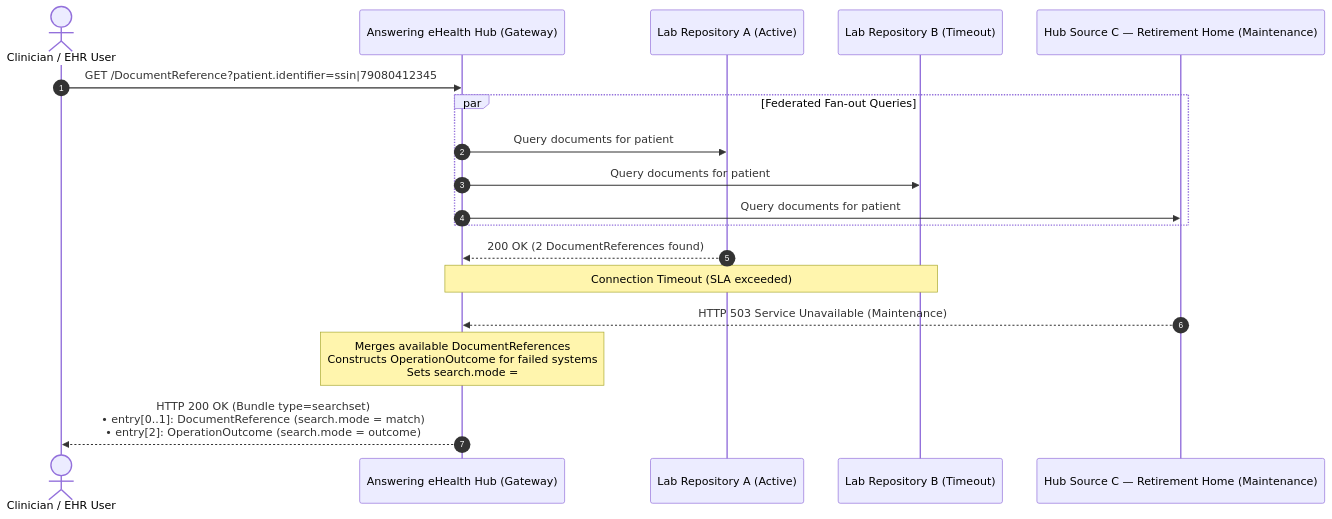
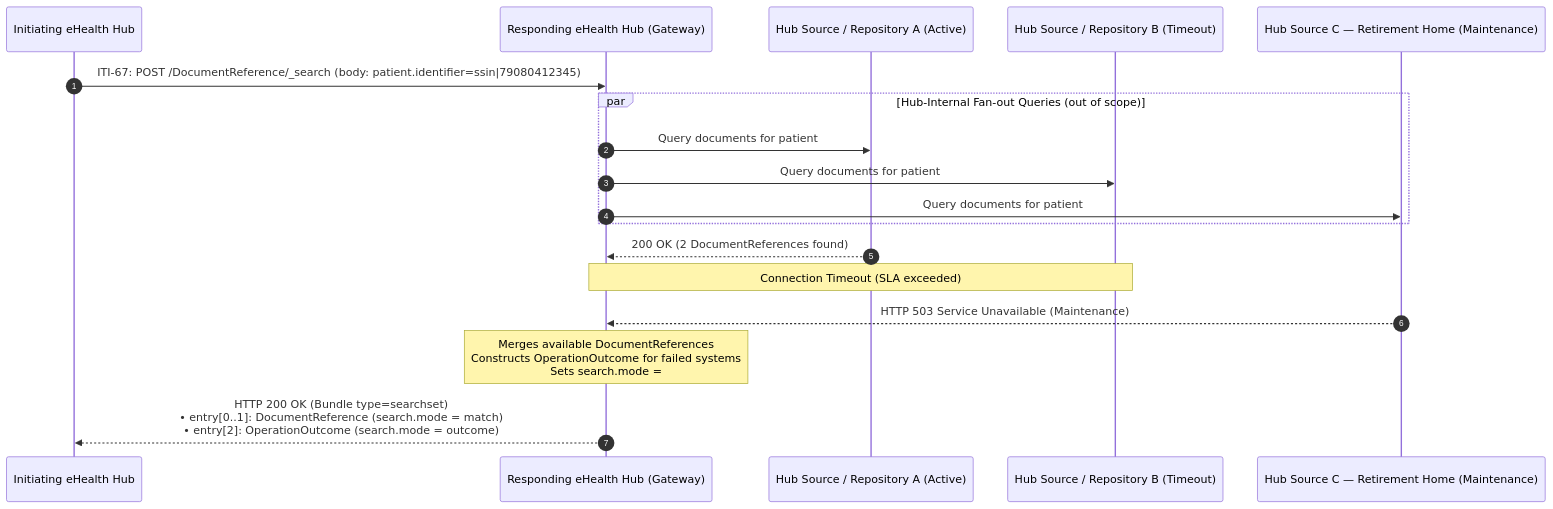
Before and after one commit to Jens-uzl/hubsharing: the second of 3 diagrams in input/pagecontent/transactions.md, drawn with Mermaid. The commit also changed other lines of this file and 13 other files, not shown here.

Commit message:
Interhub spec FHIR spec, draft 10; replaced all instances of GET / with POST (and adapted it to the fhir transaction method)

````diff
--- a/input/pagecontent/transactions.md
+++ b/input/pagecontent/transactions.md
@@ -410,22 +448,22 @@
 ```mermaid
 sequenceDiagram
     autonumber
-    actor Clinician as Clinician / EHR User
-    participant Gateway as Answering eHealth Hub (Gateway)
-    participant Lab1 as Lab Repository A (Active)
-    participant Lab2 as Lab Repository B (Timeout)
+    participant InitHub as Initiating eHealth Hub
+    participant Gateway as Responding eHealth Hub (Gateway)
+    participant Lab1 as Hub Source / Repository A (Active)
+    participant Lab2 as Hub Source / Repository B (Timeout)
     participant SrcC as Hub Source C — Retirement Home (Maintenance)
 
-    Clinician->>Gateway: GET /DocumentReference?patient.identifier=ssin|79080412345
-    par Federated Fan-out Queries
+    InitHub->>Gateway: ITI-67: POST /DocumentReference/_search (body: patient.identifier=ssin|79080412345)
+    par Hub-Internal Fan-out Queries (out of scope)
         Gateway->>Lab1: Query documents for patient
         Gateway->>Lab2: Query documents for patient
         Gateway->>SrcC: Query documents for patient
     end
     Lab1-->>Gateway: 200 OK (2 DocumentReferences found)
     Note over Lab2,Gateway: Connection Timeout (SLA exceeded)
     SrcC-->>Gateway: HTTP 503 Service Unavailable (Maintenance)
 
     Note over Gateway: Merges available DocumentReferences<br/>Constructs OperationOutcome for failed systems<br/>Sets search.mode = #outcome
-    Gateway-->>Clinician: HTTP 200 OK (Bundle type=searchset)<br/>• entry[0..1]: DocumentReference (search.mode = match)<br/>• entry[2]: OperationOutcome (search.mode = outcome)
+    Gateway-->>InitHub: HTTP 200 OK (Bundle type=searchset)<br/>• entry[0..1]: DocumentReference (search.mode = match)<br/>• entry[2]: OperationOutcome (search.mode = outcome)
 ```
````
